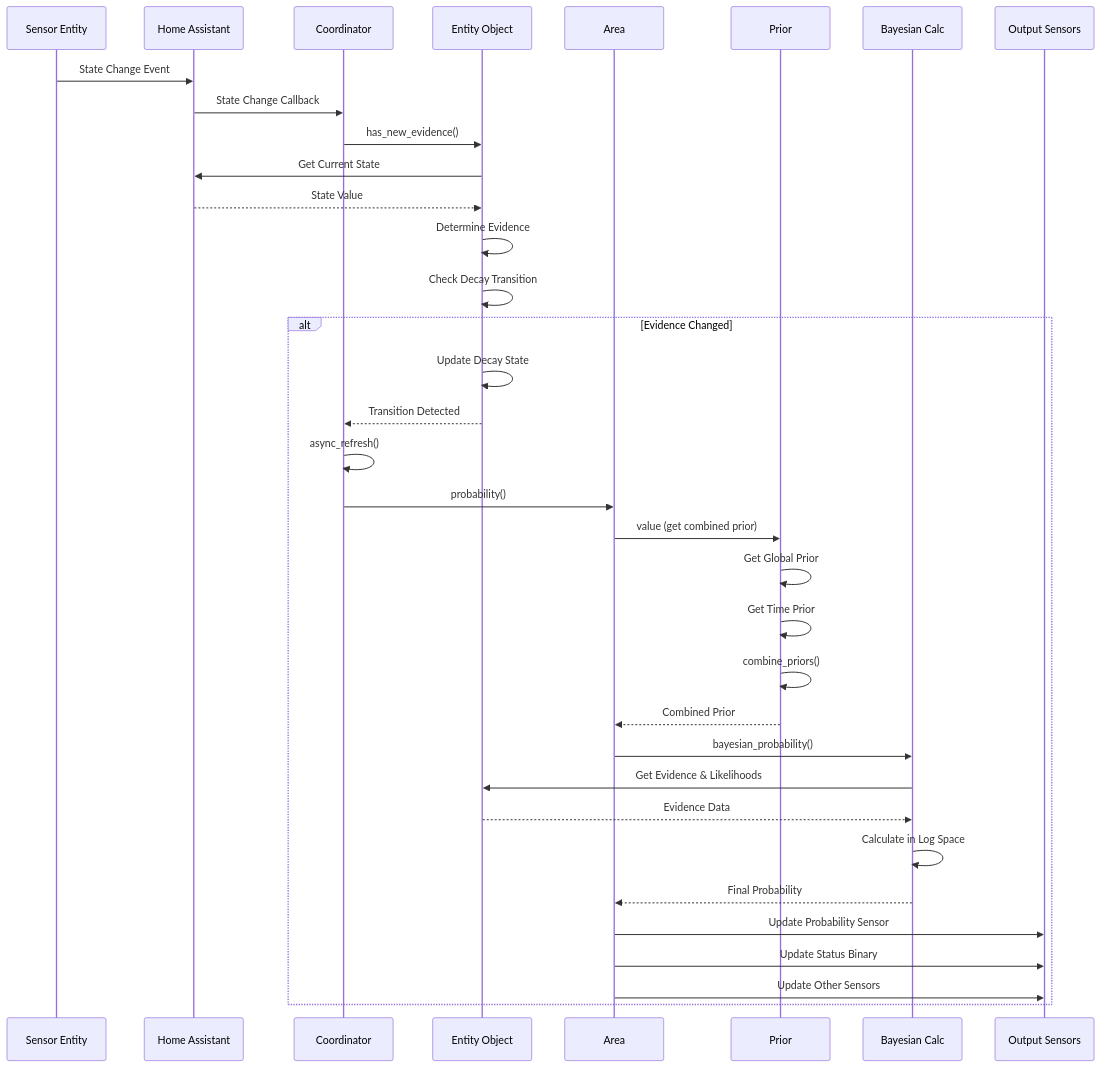
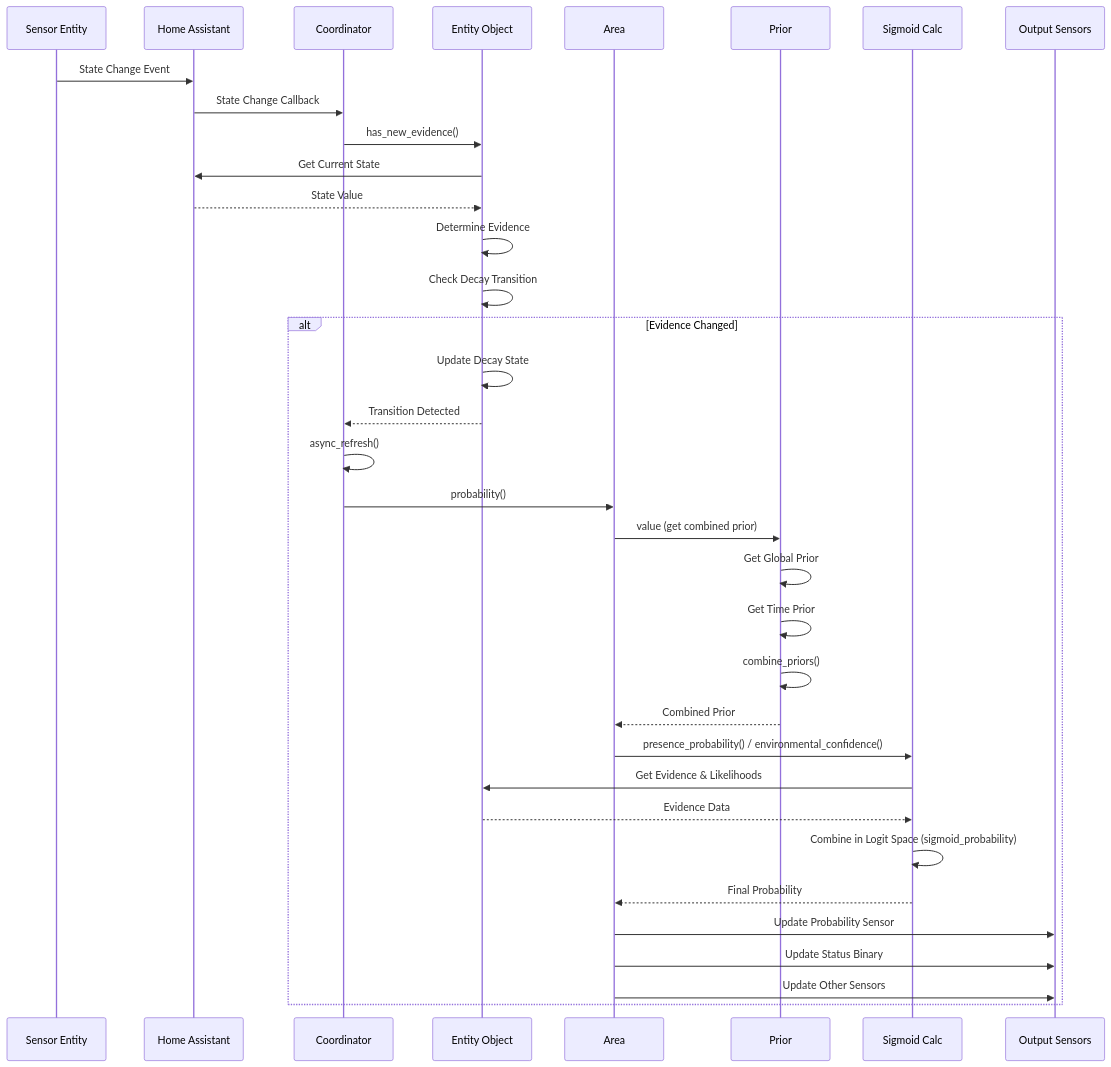
One commit to Hankanman/Area-Occupancy-Detection changed the third of 7 diagrams in docs/docs/technical/data-flow.md. Above: the diagram before and after it, drawn with Mermaid. The commit also changed other lines of this file and 47 other files, not shown here.

First line of the commit message:
chore: remove dead bayesian_probability + repo-wide agent tooling cleanup (#529)

````diff
--- a/docs/docs/technical/data-flow.md
+++ b/docs/docs/technical/data-flow.md
@@ -75,39 +75,39 @@
 ```mermaid
 sequenceDiagram
     participant Sensor as Sensor Entity
     participant HA as Home Assistant
     participant Coord as Coordinator
     participant Entity as Entity Object
     participant Area as Area
     participant Prior as Prior
-    participant Bayes as Bayesian Calc
+    participant Bayes as Sigmoid Calc
     participant Output as Output Sensors
 
     Sensor->>HA: State Change Event
     HA->>Coord: State Change Callback
     Coord->>Entity: has_new_evidence()
     Entity->>HA: Get Current State
     HA-->>Entity: State Value
     Entity->>Entity: Determine Evidence
     Entity->>Entity: Check Decay Transition
 
     alt Evidence Changed
         Entity->>Entity: Update Decay State
         Entity-->>Coord: Transition Detected
         Coord->>Coord: async_refresh()
         Coord->>Area: probability()
         Area->>Prior: value (get combined prior)
         Prior->>Prior: Get Global Prior
         Prior->>Prior: Get Time Prior
         Prior->>Prior: combine_priors()
         Prior-->>Area: Combined Prior
-        Area->>Bayes: bayesian_probability()
+        Area->>Bayes: presence_probability() / environmental_confidence()
         Bayes->>Entity: Get Evidence & Likelihoods
         Entity-->>Bayes: Evidence Data
-        Bayes->>Bayes: Calculate in Log Space
+        Bayes->>Bayes: Combine in Logit Space (sigmoid_probability)
         Bayes-->>Area: Final Probability
         Area->>Output: Update Probability Sensor
         Area->>Output: Update Status Binary
         Area->>Output: Update Other Sensors
     end
 ```
````
